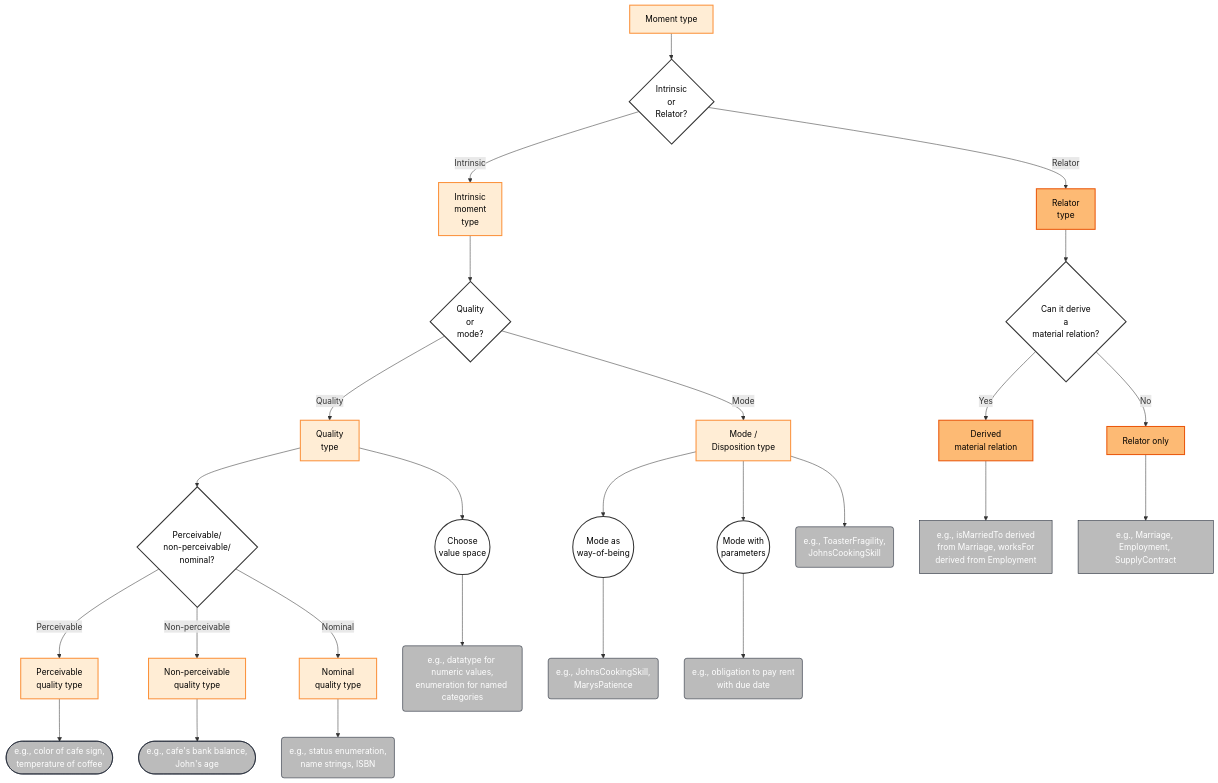
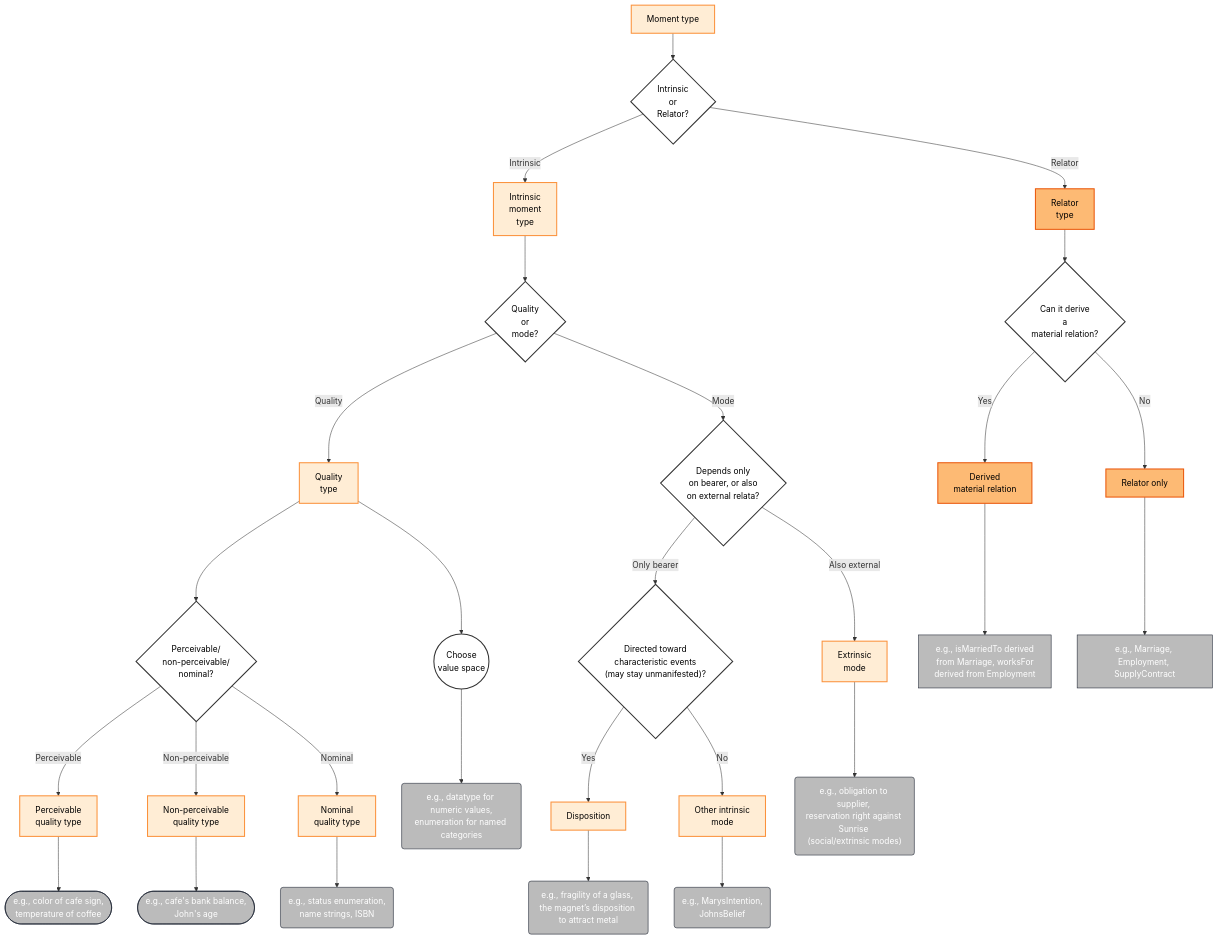
One commit to spdrnl/UFO-Modeling-Decision-Tree changed the diagram in decision-tree/03-Moment.mermaid. Above: the diagram before and after it, drawn with Mermaid. The commit also changed 4 other files, not shown here.

```diff
--- a/decision-tree/03-Moment.mermaid
+++ b/decision-tree/03-Moment.mermaid
@@ -1,73 +1,75 @@
 flowchart TD
     M0[Moment type]
 
     M0 --> M1{Intrinsic \nor \nRelator?}
     M1 -->|Intrinsic| IM[Intrinsic \nmoment \ntype]
     M1 -->|Relator| RL[Relator \ntype]
 
     IM --> Q0{Quality \nor \nmode?}
     Q0 -->|Quality| QL[Quality \ntype]
-    Q0 -->|Mode| MD[Mode / \nDisposition type]
+    Q0 -->|Mode| MD0{Depends only \non bearer, or also \non external relata?}
 
-    %% Simple clarification of mode kinds (no extra diamonds)
-    MD --> MDN((Mode as \nway-of-being))
-    MD --> MDV((Mode with \nparameters))
+    %% Mode / disposition refinement
+    MD0 -->|Only bearer| IMD{"Directed toward \ncharacteristic events \n(may stay unmanifested)?"}
+    MD0 -->|Also external| EMD[Extrinsic \nmode]
+    IMD -->|Yes| DISP[Disposition]
+    IMD -->|No| MD[Other intrinsic \nmode]
 
     %% First, classify quality kind
     QL --> Q2{Perceivable/\nnon-perceivable/\nnominal?}
     Q2 -->|Perceivable| QP[Perceivable \nquality type]
     Q2 -->|Non-perceivable| QN[Non-perceivable \nquality type]
     Q2 -->|Nominal| QNOM[Nominal \nquality type]
 
     %% Then, choose how this quality is measured (value space)
     QL --> VS((Choose \nvalue space))
     VS_ex("e.g., datatype for numeric values,\nenumeration for named categories"):::example
     VS --> VS_ex
 
     %% Nominal qualities usually use enumerations / lexical spaces
     VSN_ex("e.g., status enumeration,\nname strings, ISBN"):::example
     QNOM --> VSN_ex
 
     %% Relator + MATERIAL RELATIONS
     RL --> RM{Can it derive \na \nmaterial relation?}
     RM -->|Yes| MRD[Derived \nmaterial relation]
     RM -->|No| RLE[Relator only]
 
     %% EXAMPLE BOXES + LINKS
 
-    %% Unary types – moments
-    MD_ex("e.g., ToasterFragility, \nJohnsCookingSkill"):::example
-    MD --> MD_ex
-
     %% EXAMPLES FOR QUALITY TYPES
     QP_ex([e.g., color of cafe sign, \ntemperature of coffee]):::example
     QP --> QP_ex
 
     QN_ex([e.g., cafe's bank balance, \nJohn's age]):::example
     QN --> QN_ex
 
-    MDN_ex("e.g., JohnsCookingSkill, \nMarysPatience"):::example
-    MDN --> MDN_ex
-    MDV_ex("e.g., obligation to pay rent \nwith due date"):::example
-    MDV --> MDV_ex
+    MD_ex("e.g., MarysIntention, \nJohnsBelief"):::example
+    MD --> MD_ex
+
+    DISP_ex("e.g., fragility of a glass, \nthe magnet’s disposition to attract metal"):::example
+    DISP --> DISP_ex
+
+    EMD_ex("e.g., obligation to supplier, \nreservation right against Sunrise \n(social/extrinsic modes)"):::example
+    EMD --> EMD_ex
 
     %% Derived material relation (explicitly from relator)
     MRD_ex["e.g., isMarriedTo derived \nfrom Marriage, worksFor \nderived from Employment"]:::example
     MRD --> MRD_ex
 
     %% Relator only (you don't model isMarriedTo separately)
     RLE_ex["e.g., Marriage, Employment, \nSupplyContract"]:::example
     RLE --> RLE_ex
 
     %% CLASSES
     classDef example fill:#BBBBBB,stroke:#111827,stroke-width:1px,color:#ffffff;
     classDef generic fill:#ffffff,stroke:#333,stroke-width:2px,color:#000;
     classDef intrinsic fill:#ffedd5,stroke:#fb923c,stroke-width:2px,color:#000;
     classDef relator fill:#fdba74,stroke:#ea580c,stroke-width:2px,color:#000;
 
     %% generic / neutral nodes
-    class M1,Q0,Q2,RM,VS,MDN,MDV generic;
+    class M1,Q0,Q2,RM,VS,MD0,IMD generic;
 
     %% subtree colors
-    class M0,IM,QL,MD,QP,QN,QNOM intrinsic;
+    class M0,IM,QL,MD,DISP,EMD,QP,QN,QNOM intrinsic;
     class RL,MRD,RLE relator;
```
